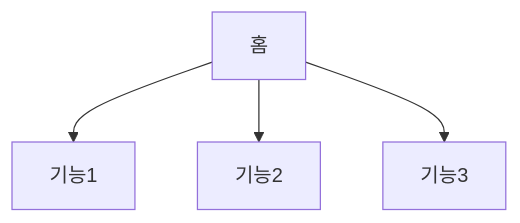
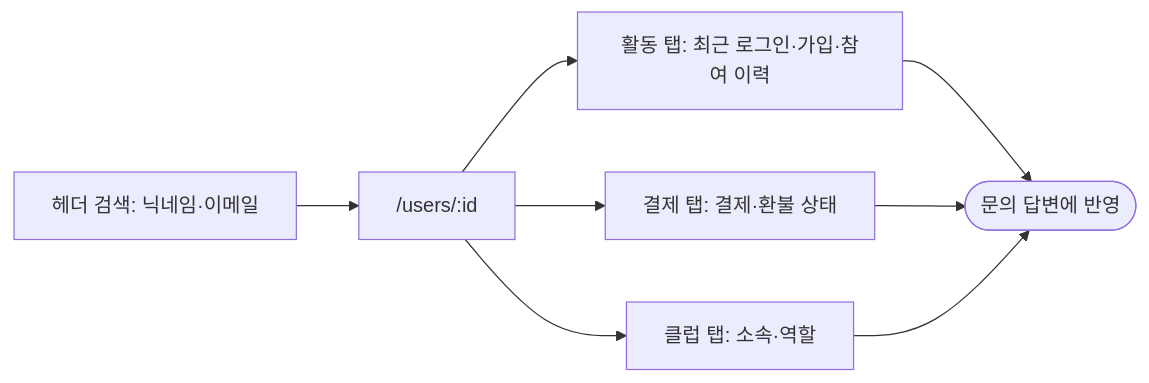
One commit to TeeupLink/teeup-v2-backoffice changed the fifth of 7 diagrams in docs/02.기획문서/정보구조도.md. Above: the diagram before and after it, drawn with Mermaid. The commit also changed other lines of this file and 5 other files, not shown here.

First line of the commit message:
[S3] 설계문서 - 기능명세서·정보구조도·화면설계서·디자인스타일가이드 작성 (#16)

````diff
--- a/docs/02.기획문서/정보구조도.md
+++ b/docs/02.기획문서/정보구조도.md
@@ -13,6 +205,8 @@
 ```mermaid
-flowchart TD
-    A[홈] --> B[기능1]
-    A --> C[기능2]
-    A --> D[기능3]
+flowchart LR
+    A[헤더 검색: 닉네임·이메일] --> B["/users/:id"]
+    B --> C[활동 탭: 최근 로그인·가입·참여 이력]
+    B --> D[결제 탭: 결제·환불 상태]
+    B --> E[클럽 탭: 소속·역할]
+    C & D & E --> F([문의 답변에 반영])
 ```
````
